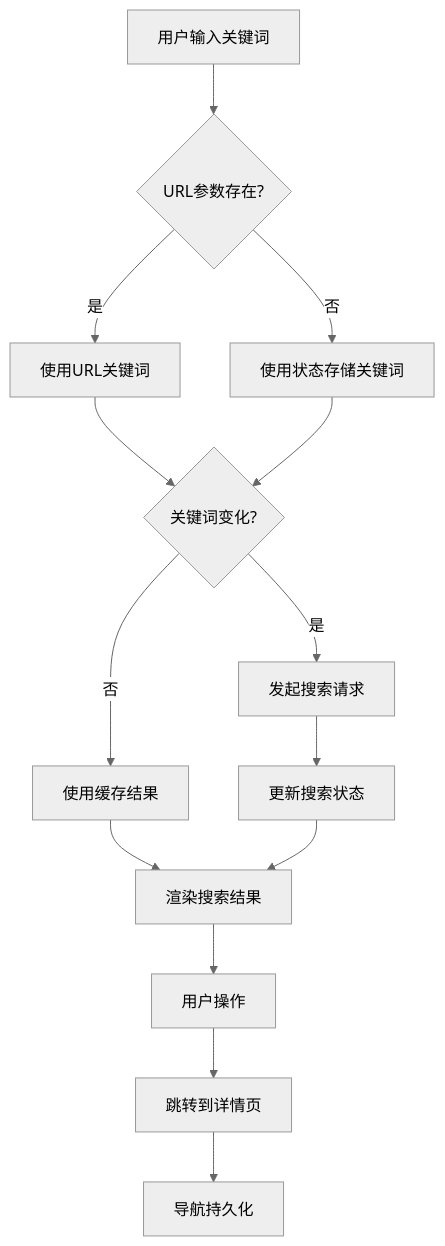
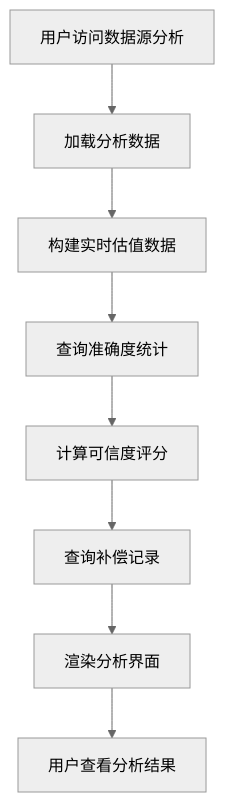
The tenth of 13 diagrams in .qoder/repowiki/zh/content/Fund Detail Enhancement.md (gree-coder/fund-butler), drawn with Mermaid (neutral theme) before and after one commit. The commit also changed other lines of this file and 16 other files, not shown here.

````diff
--- a/.qoder/repowiki/zh/content/Fund Detail Enhancement.md
+++ b/.qoder/repowiki/zh/content/Fund Detail Enhancement.md
@@ -459,16 +570,10 @@
 ```mermaid
 flowchart TD
-A[用户输入关键词] --> B{URL参数存在?}
-B --> |是| C[使用URL关键词]
-B --> |否| D[使用状态存储关键词]
-C --> E{关键词变化?}
-D --> E
-E --> |是| F[发起搜索请求]
-E --> |否| G[使用缓存结果]
-F --> H[更新搜索状态]
-G --> I[渲染搜索结果]
-H --> I
-I --> J[用户操作]
-J --> K[跳转到详情页]
-K --> L[导航持久化]
+A[用户访问数据源分析] --> B[加载分析数据]
+B --> C[构建实时估值数据]
+C --> D[查询准确度统计]
+D --> E[计算可信度评分]
+E --> F[查询补偿记录]
+F --> G[渲染分析界面]
+G --> H[用户查看分析结果]
 ```
````
